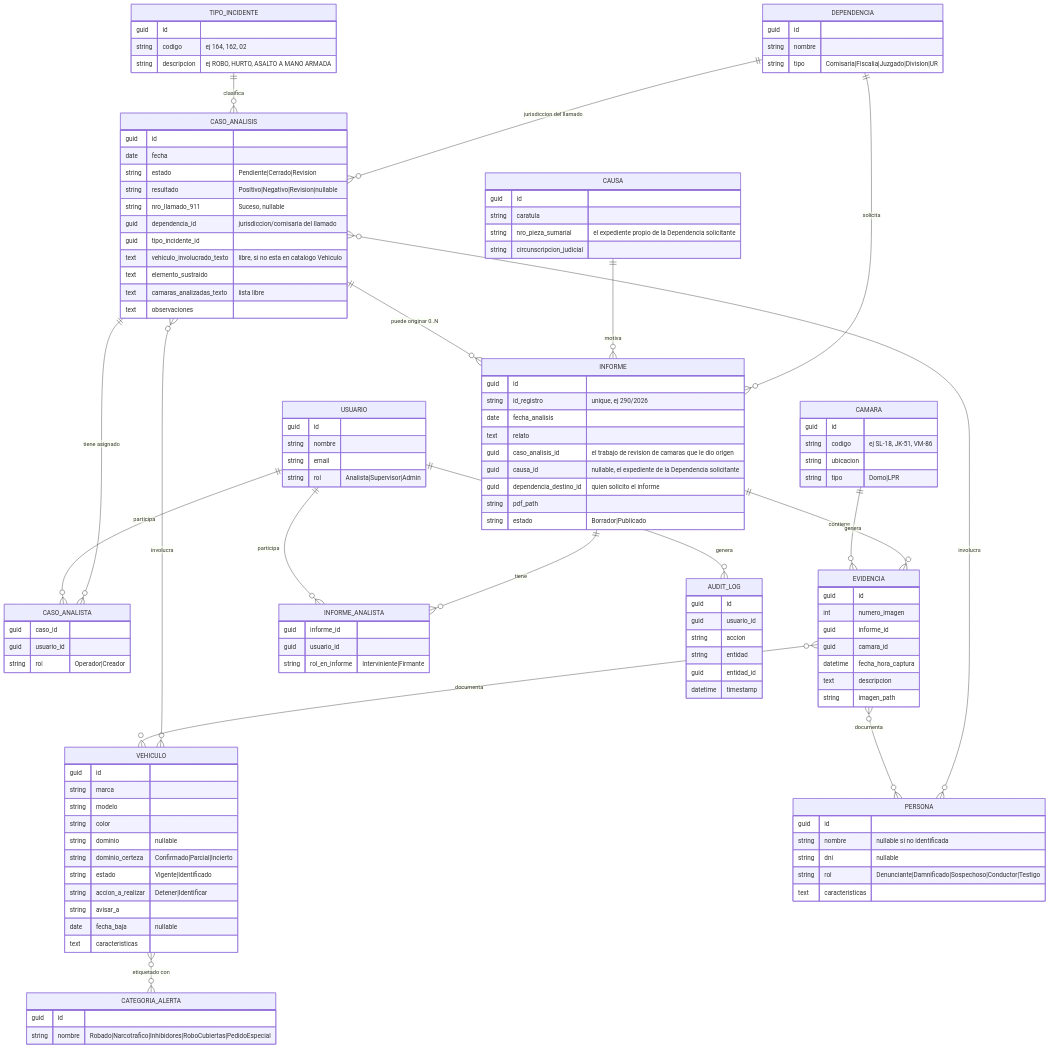
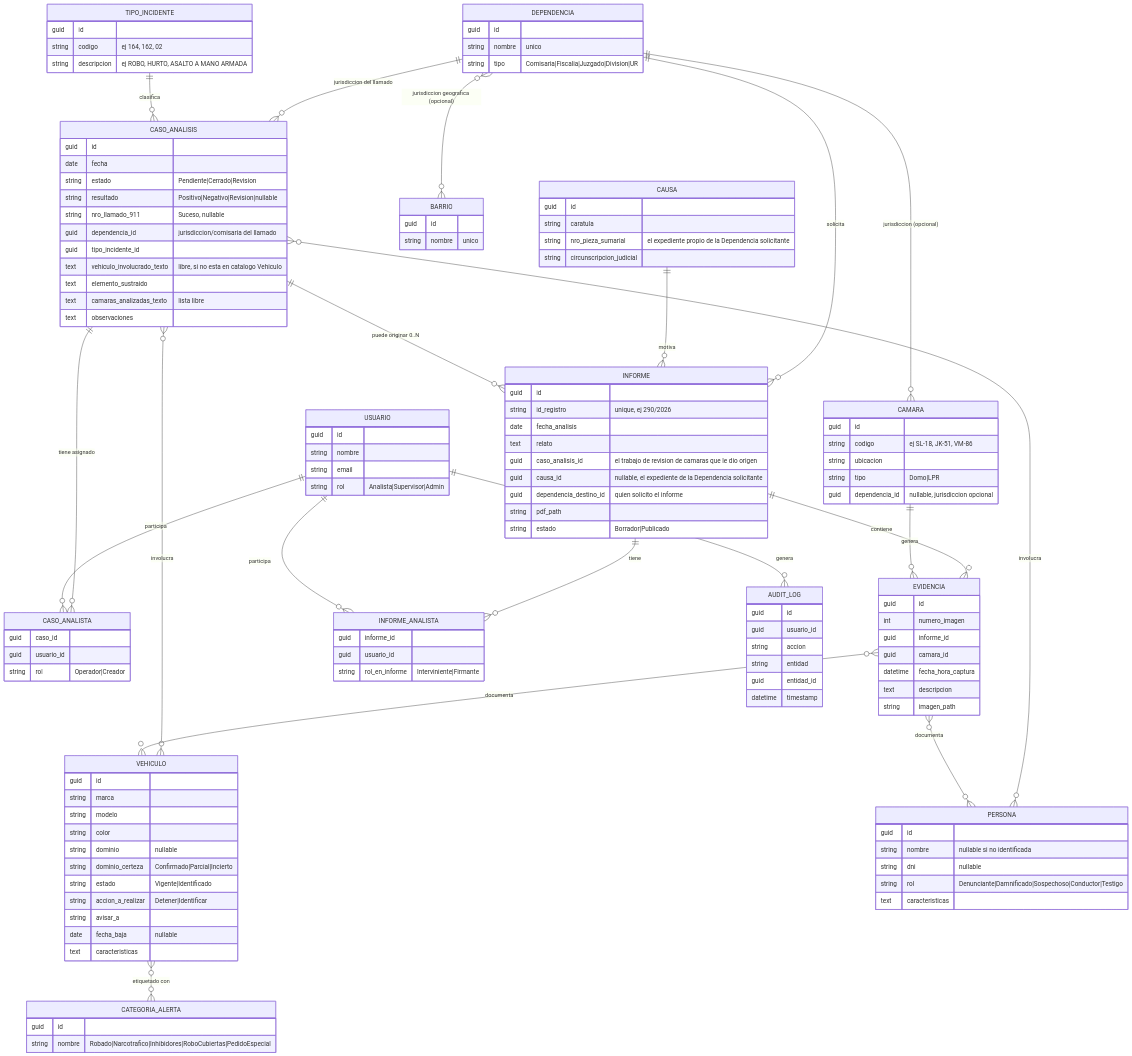
One commit to YagoGomez83/proyecto-ige-informes changed the diagram in docs/03-modelo-dominio.md. Above: the diagram before and after it, drawn with Mermaid. The commit also changed other lines of this file and 60 other files, not shown here.

```diff
--- a/docs/03-modelo-dominio.md
+++ b/docs/03-modelo-dominio.md
@@ -6,6 +6,8 @@
 erDiagram
     DEPENDENCIA ||--o{ CASO_ANALISIS : "jurisdiccion del llamado"
     DEPENDENCIA ||--o{ INFORME : "solicita"
+    DEPENDENCIA }o--o{ BARRIO : "jurisdiccion geografica (opcional)"
+    DEPENDENCIA ||--o{ CAMARA : "jurisdiccion (opcional)"
     CAUSA ||--o{ INFORME : "motiva"
     TIPO_INCIDENTE ||--o{ CASO_ANALISIS : "clasifica"
     CASO_ANALISIS ||--o{ INFORME : "puede originar 0..N"
@@ -24,7 +26,7 @@
 
     DEPENDENCIA {
         guid id
-        string nombre
+        string nombre "unico"
         string tipo "Comisaria|Fiscalia|Juzgado|Division|UR"
     }
 
@@ -88,6 +90,12 @@
         string codigo "ej SL-18, JK-51, VM-86"
         string ubicacion
         string tipo "Domo|LPR"
+        guid dependencia_id "nullable, jurisdiccion opcional"
+    }
+
+    BARRIO {
+        guid id
+        string nombre "unico"
     }
 
     VEHICULO {
```
